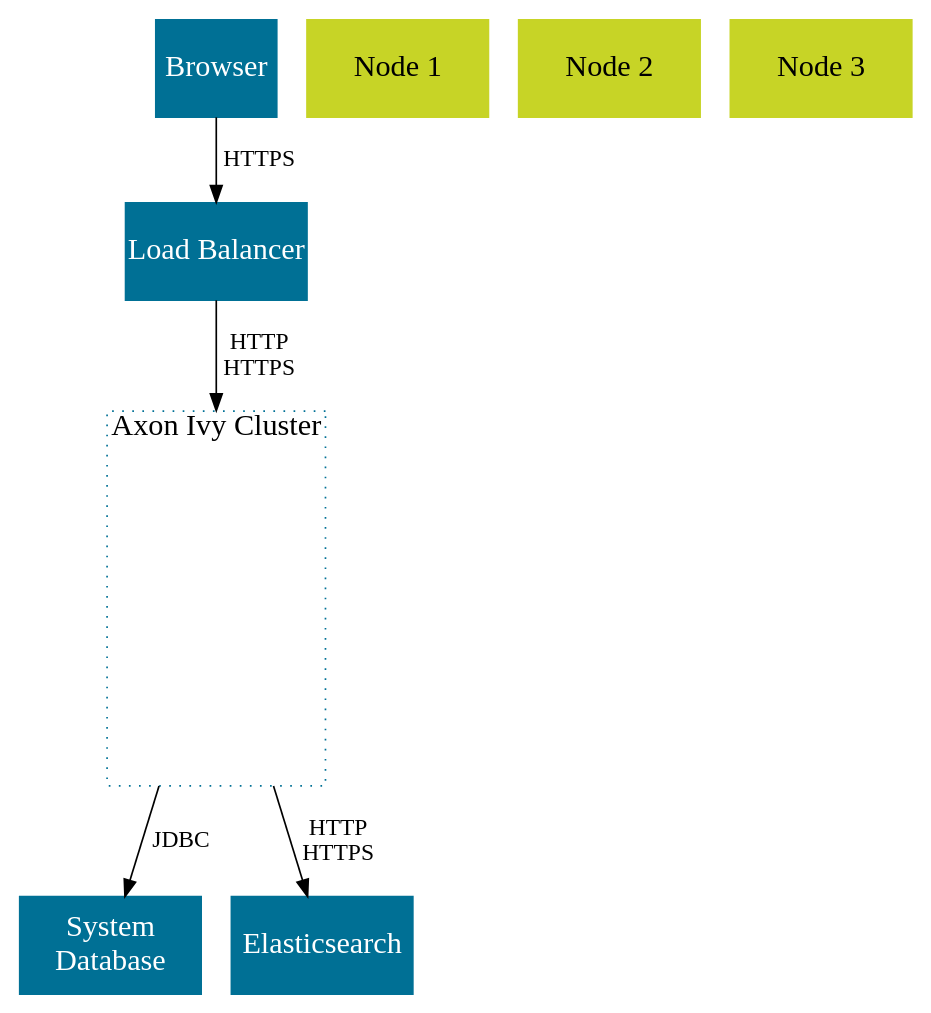
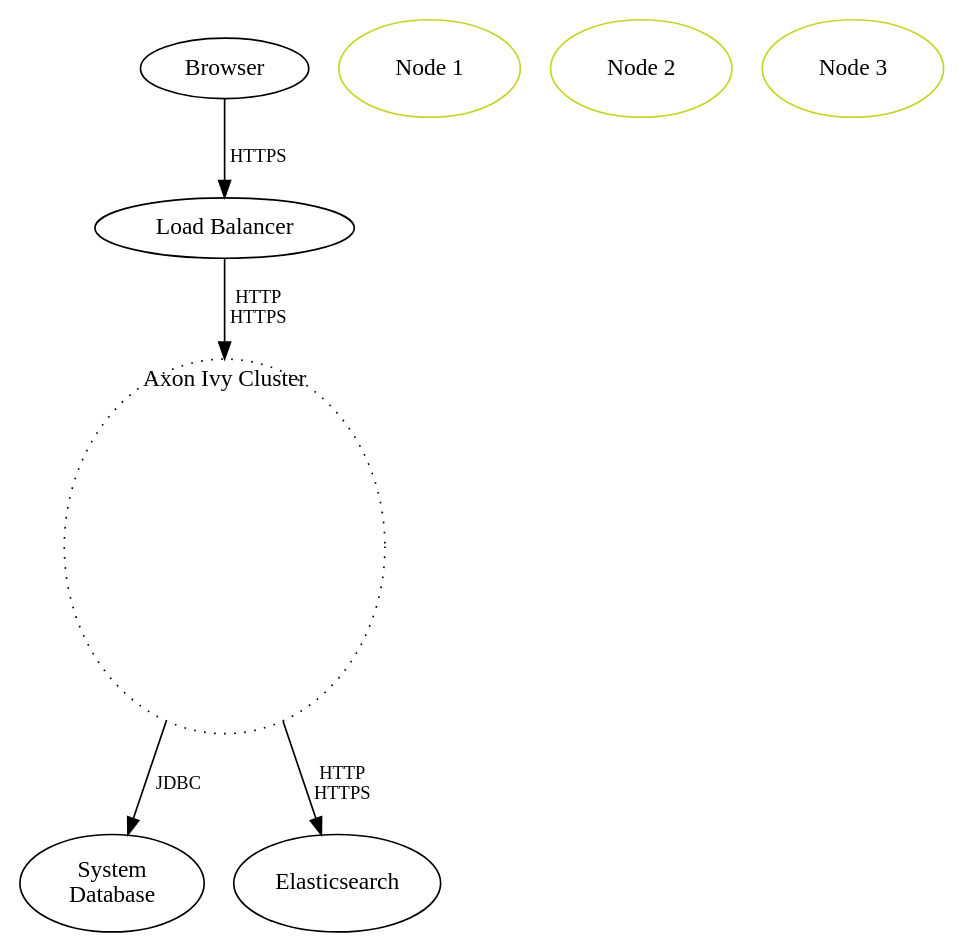
Before and after one commit to bernhardAxonIvy/doc: the diagram in source/engine-guide/integration/cluster/overview.dot, drawn with Graphviz. The commit also changed 10 other files, not shown here.

Commit message:
Move gneric graphizv definitions to build container

```diff
--- a/source/engine-guide/integration/cluster/overview.dot
+++ b/source/engine-guide/integration/cluster/overview.dot
@@ -1,30 +1,20 @@
 
 digraph overview {
-  node [
-    shape=box, 
-    style=filled,
-    margin=0 width=2 height=0.8
-    fontcolor="white",    
-    color="#007095",
-    fixedsize=true,
-    fontsize=18
-  ];
-
   browser [ label="Browser", pos = "0,2.5!", width=1];
 
   loadbalancer [ label="Load Balancer",pos = "2.25,2.5!" width="1.5"];
  
   cluster [ label="Axon Ivy Cluster",pos = "5.4,2.5!" width=1.8 height=3.1 style="dotted" fontcolor="black" labelloc="t"];
   engine1 [label="Node 1", pos="5.4,3.2!", height="0.8", width="1.5", color="#C7D426", fontcolor="black"];
   engine2 [label="Node 2", pos="5.4,2.3!", height="0.8", width="1.5", color="#C7D426", fontcolor="black"];
   engine3 [label="Node 3", pos="5.4,1.4!", height="0.8", width="1.5", color="#C7D426", fontcolor="black"];
   
   systemdb [ label="System\nDatabase", pos="8,3.2!" width="1.5" height="0.8"]
   elasticsearch [ label="Elasticsearch", pos="8,1.4!" width="1.5" height="0.8"]
 
-  browser -> loadbalancer [ label="HTTPS"];
-  loadbalancer -> cluster [ label="HTTP\nHTTPS" ];
+  browser -> loadbalancer [label="HTTPS" fontsize=11];
+  loadbalancer -> cluster [label="HTTP\nHTTPS" fontsize=11];
   
-  cluster -> systemdb [ label="JDBC" ];
-  cluster -> elasticsearch [ label="HTTP\nHTTPS" ];
+  cluster -> systemdb [label="JDBC" fontsize=11];
+  cluster -> elasticsearch [label="HTTP\nHTTPS" fontsize=11];
 }
```
